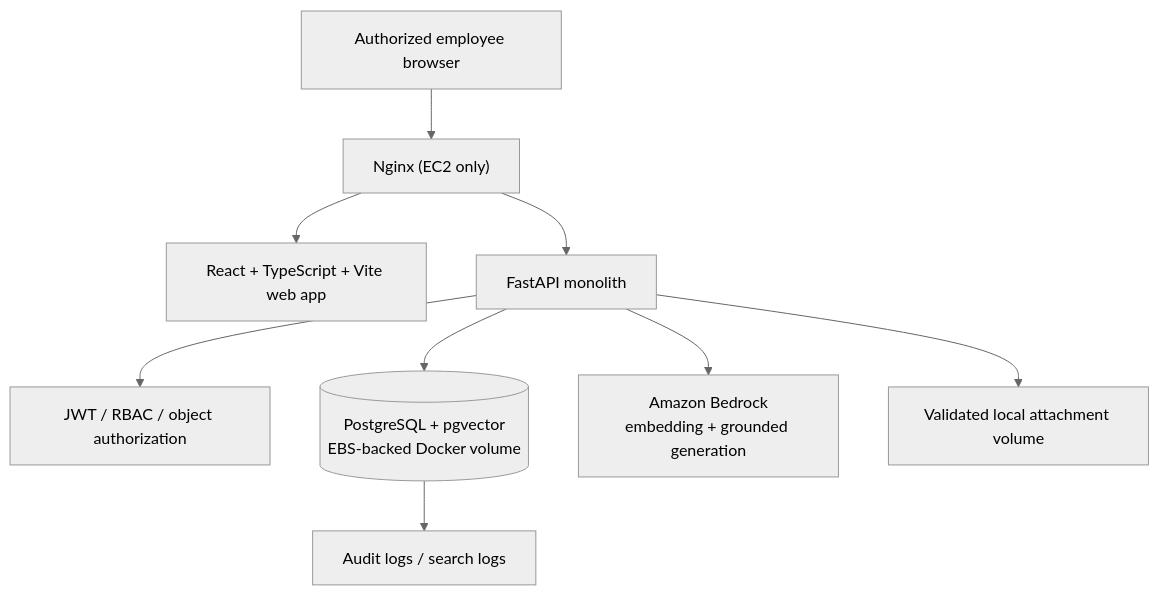
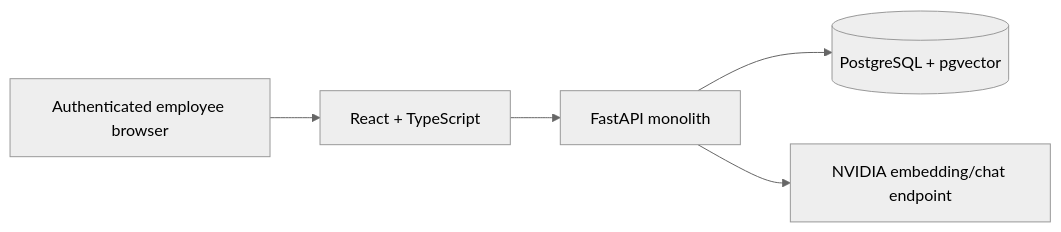
Before and after one commit to syedsofiyan2004/Who_Solved_It-AI-Buildathon-: the diagram in docs/ARCHITECTURE.md, drawn with Mermaid (neutral theme). The commit also changed other lines of this file and 81 other files, not shown here.

````diff
--- a/docs/ARCHITECTURE.md
+++ b/docs/ARCHITECTURE.md
@@ -7,11 +7,7 @@
 ```mermaid
-flowchart TB
-  user["Authorized employee browser"] --> nginx["Nginx (EC2 only)"]
-  nginx --> web["React + TypeScript + Vite web app"]
-  nginx --> api["FastAPI monolith"]
-  api --> auth["JWT / RBAC / object authorization"]
-  api --> db[("PostgreSQL + pgvector\nEBS-backed Docker volume")]
-  api --> bedrock["Amazon Bedrock\nembedding + grounded generation"]
-  api --> files["Validated local attachment volume"]
-  db --> audit["Audit logs / search logs"]
+flowchart LR
+  user[Authenticated employee browser] --> web[React + TypeScript]
+  web --> api[FastAPI monolith]
+  api --> postgres[(PostgreSQL + pgvector)]
+  api --> nvidia[NVIDIA embedding/chat endpoint]
 ```
````
